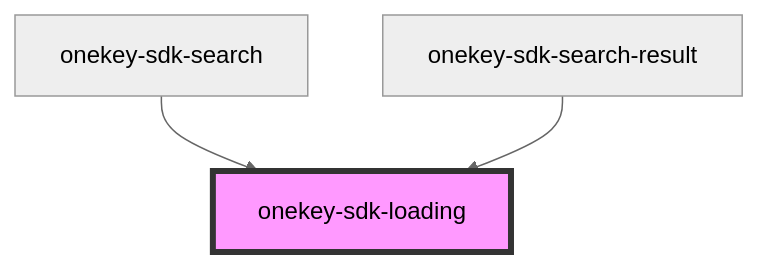
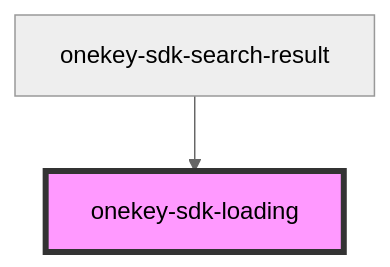
One commit to hcl-sdk/HealthCareLocatorWebSDK changed the diagram in packages/onekey-sdk-core-ui/docs/components/ui-kits/onekey-sdk-loading/readme.md. Above: the diagram before and after it, drawn with Mermaid (neutral theme). The commit also changed other lines of this file and 42 other files, not shown here.

````diff
--- a/packages/onekey-sdk-core-ui/docs/components/ui-kits/onekey-sdk-loading/readme.md
+++ b/packages/onekey-sdk-core-ui/docs/components/ui-kits/onekey-sdk-loading/readme.md
@@ -16,6 +15,5 @@
 ```mermaid
 graph TD;
-  onekey-sdk-search --> onekey-sdk-loading
   onekey-sdk-search-result --> onekey-sdk-loading
   style onekey-sdk-loading fill:#f9f,stroke:#333,stroke-width:4px
 ```
````
